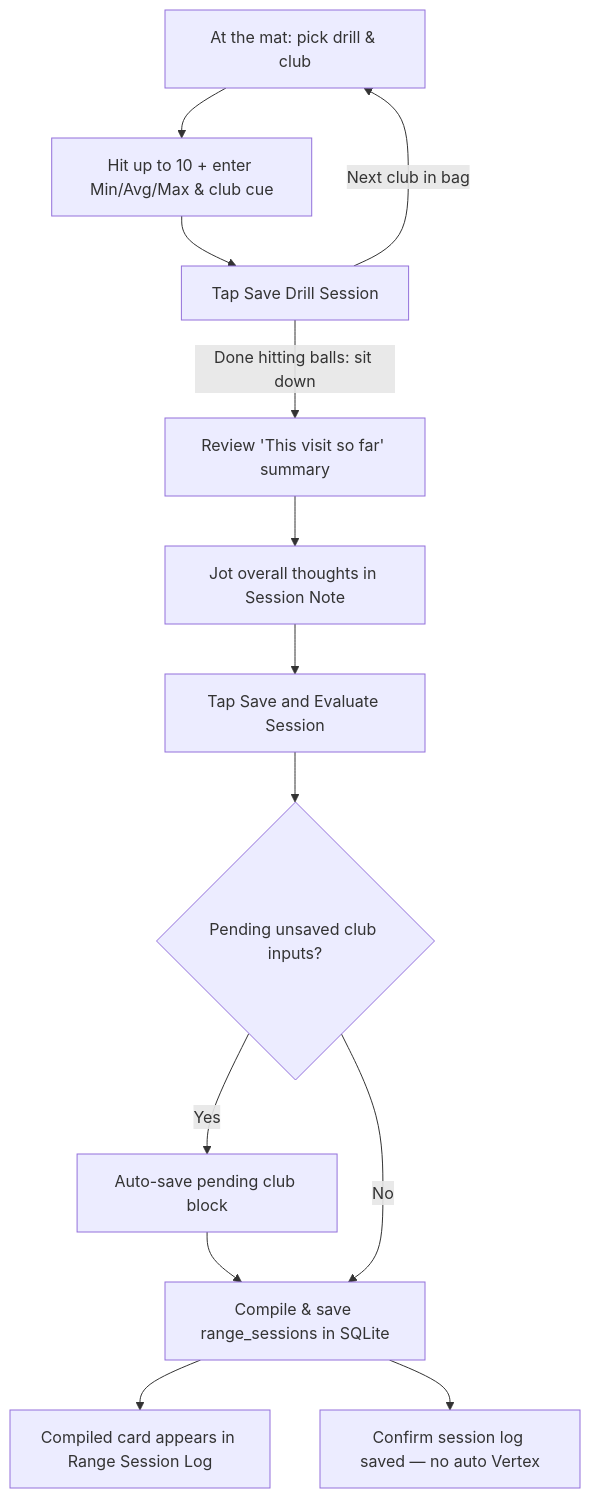
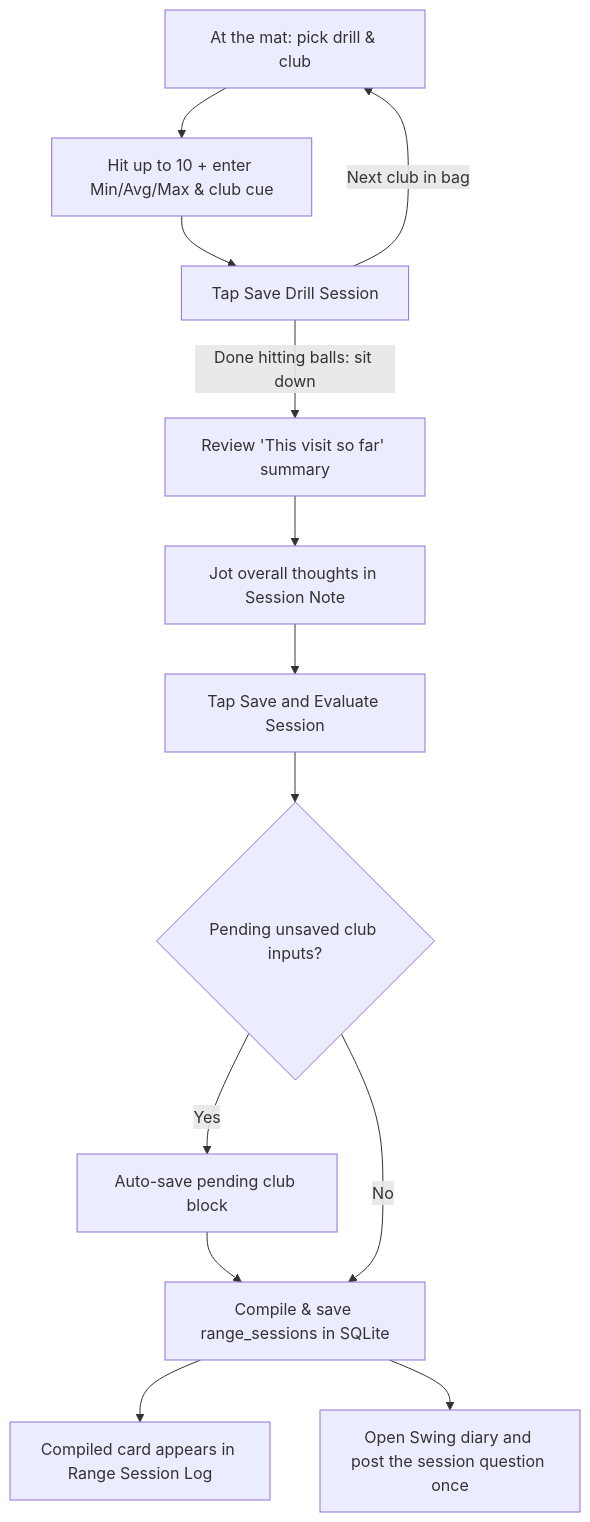
One commit to ograva/My-Golf-Diary changed the diagram in docs/context/designs/Wireframe_Range.md. Above: the diagram before and after it, drawn with Mermaid. The commit also changed other lines of this file and 17 other files, not shown here.

First line of the commit message:
feat(range): post a saved session into the swing diary

````diff
--- a/docs/context/designs/Wireframe_Range.md
+++ b/docs/context/designs/Wireframe_Range.md
@@ -113,14 +113,14 @@
 ```mermaid
 flowchart TD
   mat[At the mat: pick drill & club] --> block[Hit up to 10 + enter Min/Avg/Max & club cue]
   block --> saveBlock[Tap Save Drill Session]
   saveBlock -->|Next club in bag| mat
   saveBlock -->|Done hitting balls: sit down| sit[Review 'This visit so far' summary]
   sit --> note[Jot overall thoughts in Session Note]
   note --> compile[Tap Save and Evaluate Session]
   compile --> flush{Pending unsaved club inputs?}
   flush -->|Yes| autoSave[Auto-save pending club block] --> db[Compile & save range_sessions in SQLite]
   flush -->|No| db
   db --> log[Compiled card appears in Range Session Log]
-  db --> snack[Confirm session log saved — no auto Vertex]
+  db --> diary[Open Swing diary and post the session question once]
 ```
````
